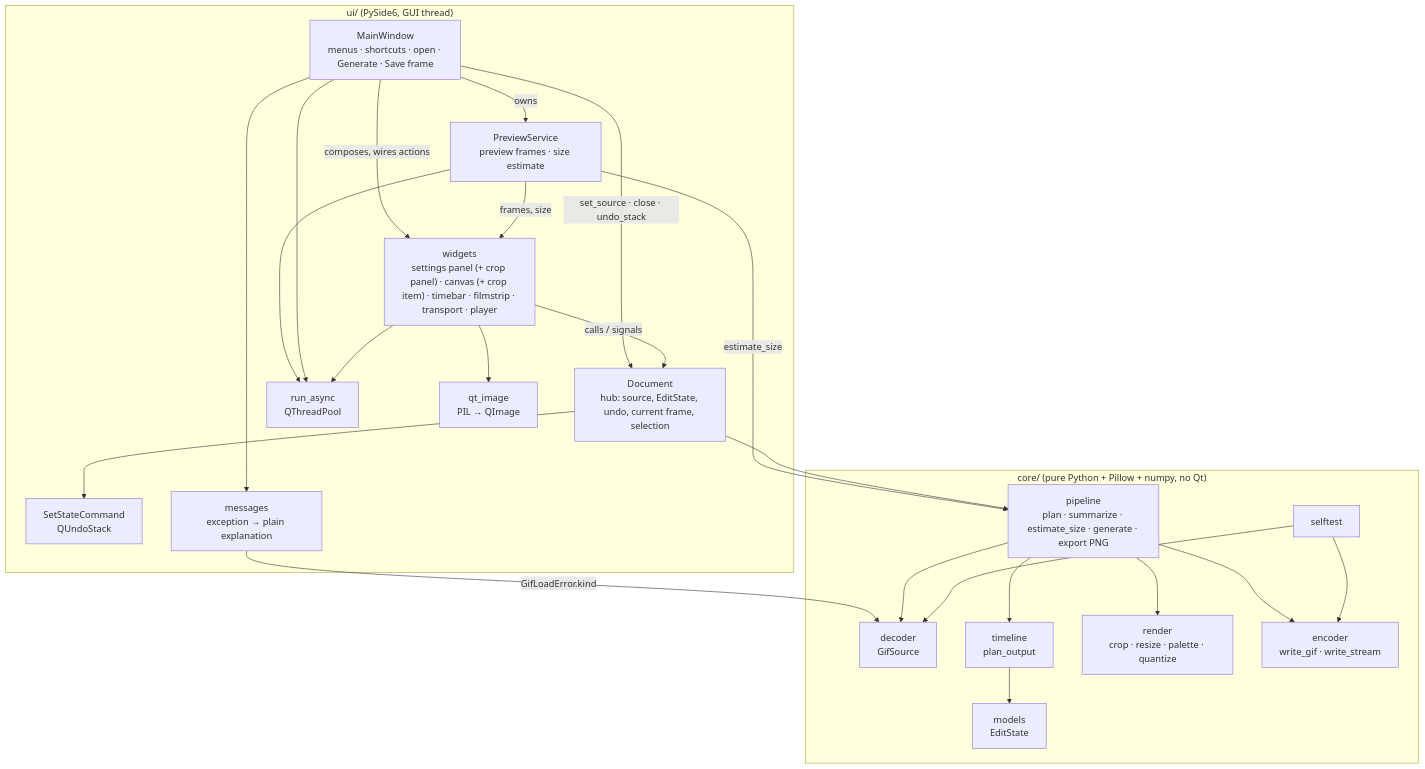
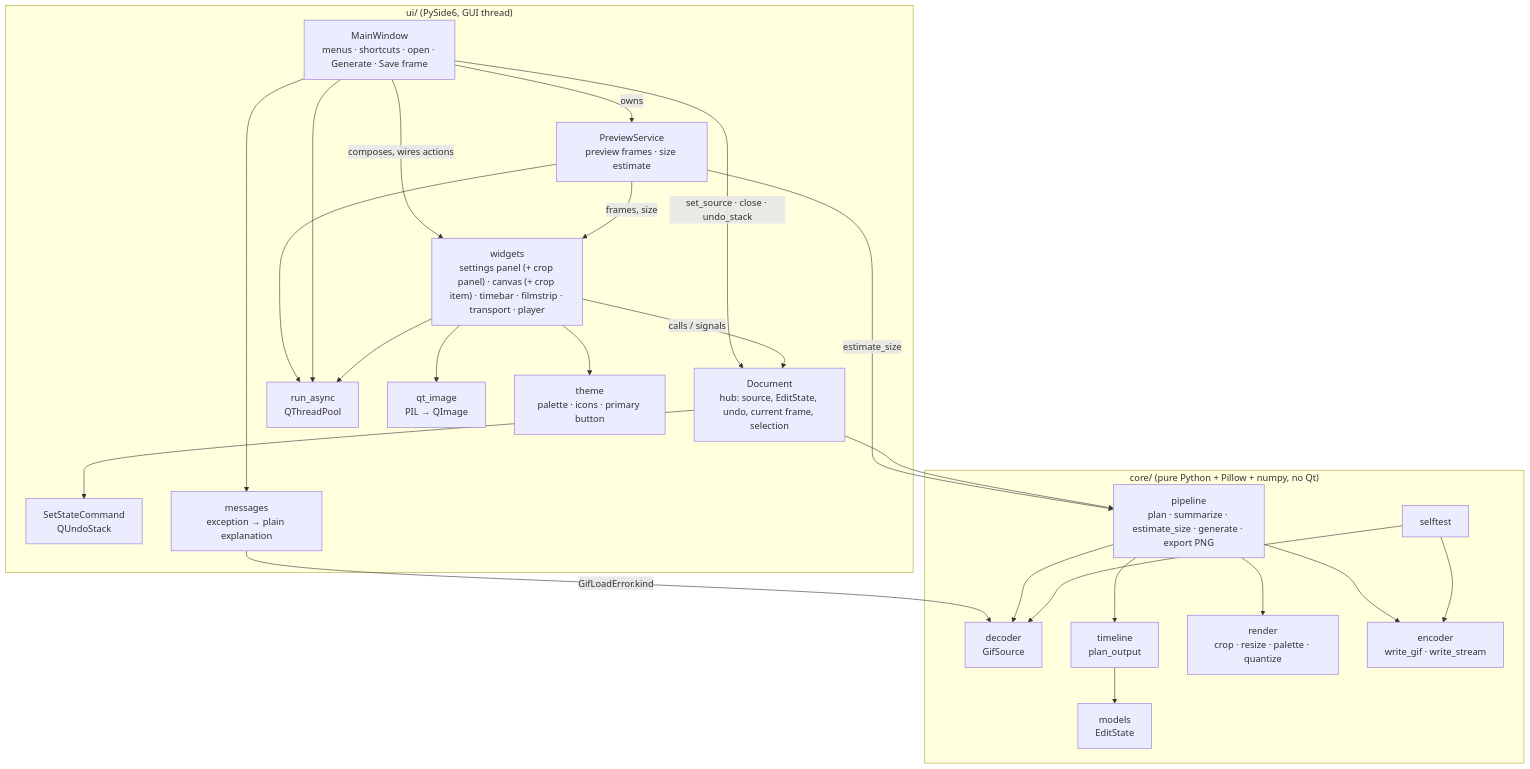
One commit to ErmanKan/EGPlease changed the first of 7 diagrams in docs/03-architecture.md. Above: the diagram before and after it, drawn with Mermaid. The commit also changed other lines of this file and 15 other files, not shown here.

Commit message:
ui: buttons visible in dark mode (ui/theme.py): tuned palette that follows the light/dark switch, framed transport buttons with palette-coloured vector icons, accent-coloured Generate with >=4.5:1 text; tests incl. rendered contrast; docs

````diff
--- a/docs/03-architecture.md
+++ b/docs/03-architecture.md
@@ -7,39 +7,41 @@
 ```mermaid
 flowchart TB
     subgraph UI["ui/ (PySide6, GUI thread)"]
         MW["MainWindow<br/>menus · shortcuts · open · Generate · Save frame"]
         W["widgets<br/>settings panel (+ crop panel) · canvas (+ crop item) · timebar · filmstrip · transport · player"]
         PS["PreviewService<br/>preview frames · size estimate"]
         DOC[Document<br/>hub: source, EditState, undo, current frame, selection]
         CMD[SetStateCommand<br/>QUndoStack]
         WK[run_async<br/>QThreadPool]
         QI[qt_image<br/>PIL → QImage]
+        TH[theme<br/>palette · icons · primary button]
         MSG[messages<br/>exception → plain explanation]
     end
     subgraph CORE["core/ (pure Python + Pillow + numpy, no Qt)"]
         MOD[models<br/>EditState]
         DEC[decoder<br/>GifSource]
         TL[timeline<br/>plan_output]
         REN[render<br/>crop · resize · palette · quantize]
         ENC[encoder<br/>write_gif · write_stream]
         PIPE[pipeline<br/>plan · summarize · estimate_size · generate · export PNG]
         ST[selftest]
     end
     MW -->|composes, wires actions| W
     MW -->|owns| PS
     PS -->|frames, size| W
     PS --> WK
     PS -->|estimate_size| PIPE
     MW -->|set_source · close · undo_stack| DOC
     W -->|calls / signals| DOC
     MW --> WK
     MW --> MSG
     MSG -->|GifLoadError.kind| DEC
     DOC --> CMD
     W --> WK
     W --> QI
+    W --> TH
     DOC --> PIPE
     PIPE --> TL & REN & ENC & DEC
     TL --> MOD
     ST --> ENC & DEC
 ```
````
